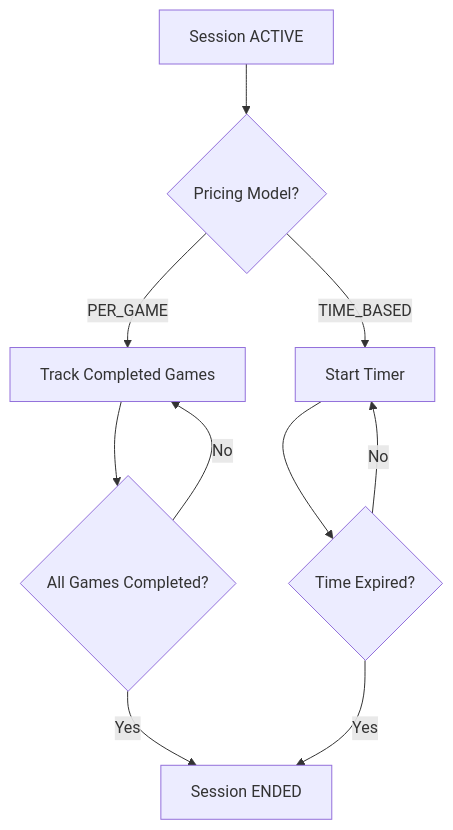
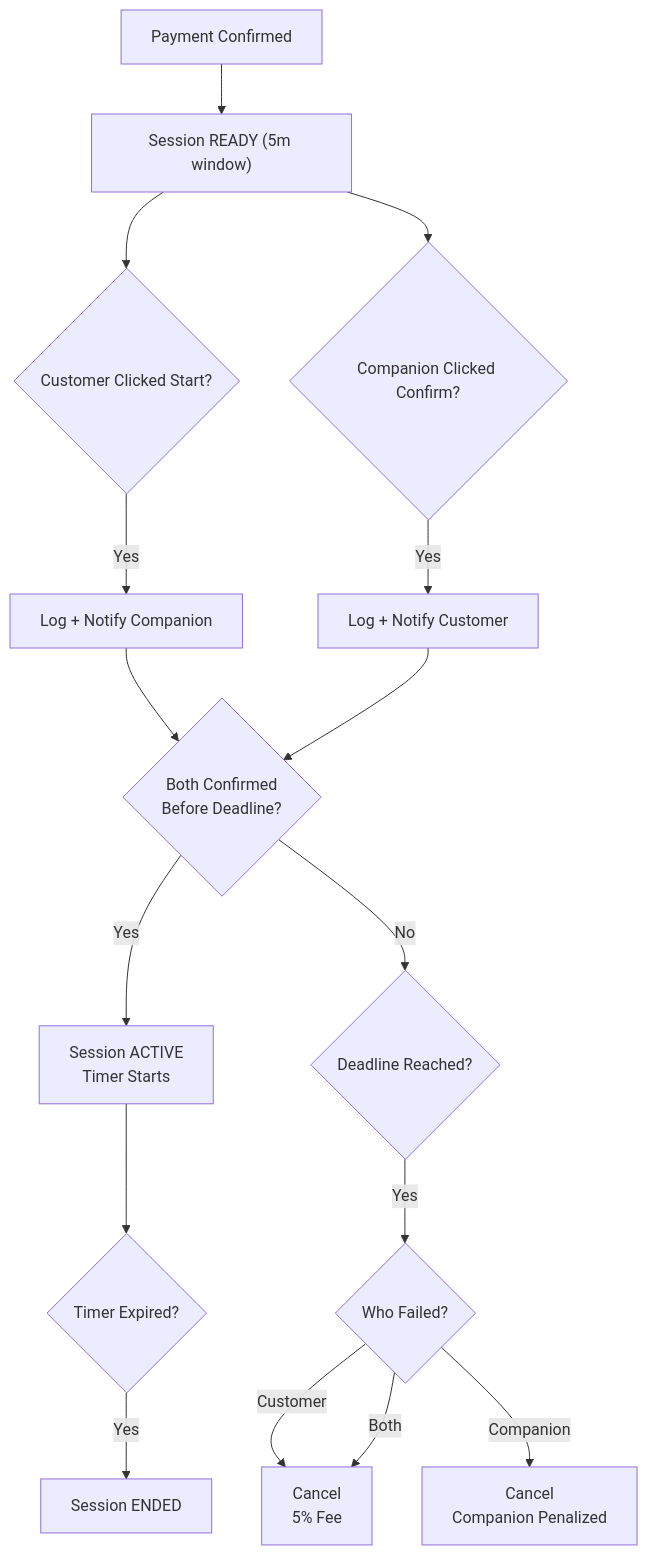
The diagram in companion-section-docs/09-companion-session-execution.md.md (mehdi-ben-abdessalem/X-platform-docs), drawn with Mermaid before and after one commit. The commit also changed other lines of this file and 9 other files, not shown here.

````diff
--- a/companion-section-docs/09-companion-session-execution.md.md
+++ b/companion-section-docs/09-companion-session-execution.md.md
@@ -25,14 +169,33 @@
 ```mermaid
 flowchart TD
-    A["Session ACTIVE"] --> B{"Pricing Model?"}
 
-    B -->|PER_GAME| C["Track Completed Games"]
-    C --> D{"All Games Completed?"}
-    D -->|Yes| E["Session ENDED"]
-    D -->|No| C
+A["Payment Confirmed"] --> B["Session READY (5m window)"]
 
-    B -->|TIME_BASED| F["Start Timer"]
-    F --> G{"Time Expired?"}
-    G -->|Yes| E
-    G -->|No| F
+B --> C{"Customer Clicked Start?"}
+B --> D{"Companion Clicked Confirm?"}
+
+C -->|Yes| E["Log + Notify Companion"]
+D -->|Yes| F["Log + Notify Customer"]
+
+E --> G
+F --> G
+
+G{"Both Confirmed
+Before Deadline?"}
+
+G -->|Yes| H["Session ACTIVE
+Timer Starts"]
+
+G -->|No| I{"Deadline Reached?"}
+
+I -->|Yes| J{"Who Failed?"}
+
+J -->|Customer| K["Cancel
+5% Fee"]
+J -->|Companion| L["Cancel
+Companion Penalized"]
+J -->|Both| K
+
+H --> M{"Timer Expired?"}
+M -->|Yes| N["Session ENDED"]
 ```
````
